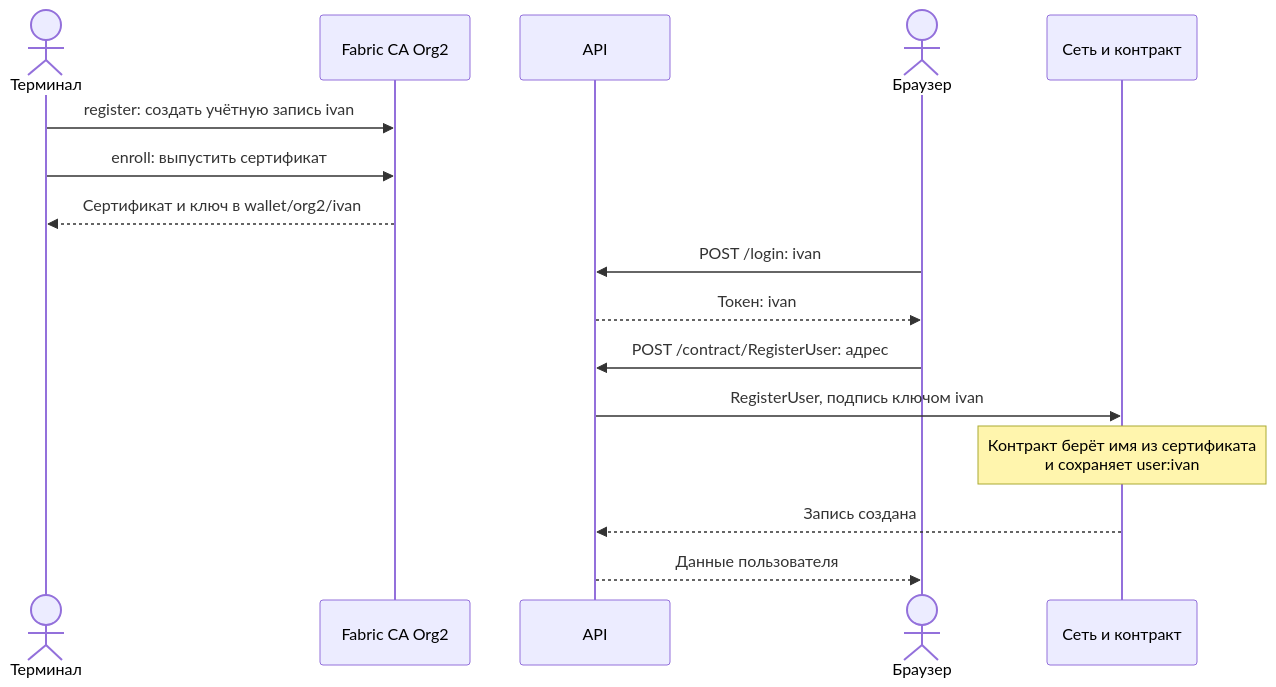
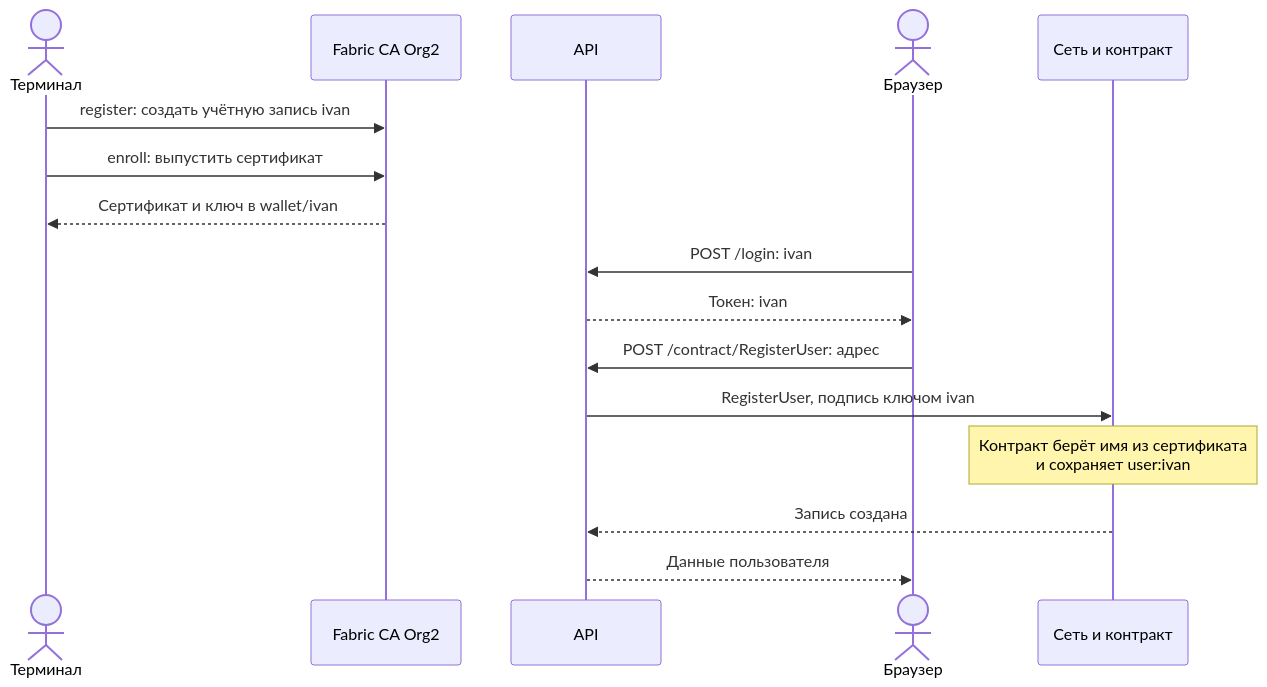
The sixth of 6 diagrams in ARCHITECTURE.md (DmitroZubroni/HyperLadger-strust-and-start), drawn with Mermaid before and after one commit. The commit also changed other lines of this file and 3 other files, not shown here.

````diff
--- a/ARCHITECTURE.md
+++ b/ARCHITECTURE.md
@@ -271,18 +271,18 @@
 ```mermaid
 sequenceDiagram
   actor T as Терминал
   participant CA as Fabric CA Org2
   participant A as API
   actor U as Браузер
   participant N as Сеть и контракт
   T->>CA: register: создать учётную запись ivan
   T->>CA: enroll: выпустить сертификат
-  CA-->>T: Сертификат и ключ в wallet/org2/ivan
+  CA-->>T: Сертификат и ключ в wallet/ivan
   U->>A: POST /login: ivan
   A-->>U: Токен: ivan
   U->>A: POST /contract/RegisterUser: адрес
   A->>N: RegisterUser, подпись ключом ivan
   Note over N: Контракт берёт имя из сертификата<br/>и сохраняет user:ivan
   N-->>A: Запись создана
   A-->>U: Данные пользователя
 ```
````
